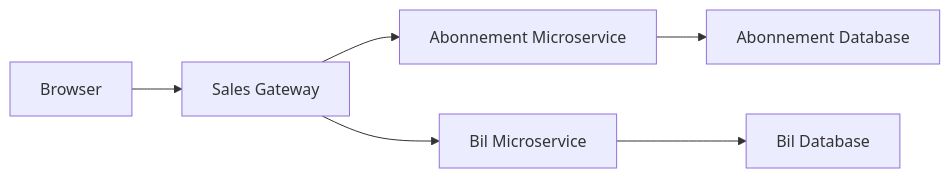
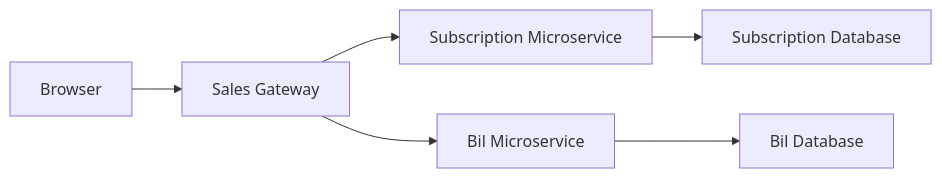
The diagram in README.md (Bilabonnement-eksamensopgave-2024/sales-gateway), drawn with Mermaid before and after one commit. The commit also changed other lines of this file and 1 other file, not shown here.

````diff
--- a/README.md
+++ b/README.md
@@ -35,8 +35,8 @@
 ```mermaid
 graph LR
     A[Browser] --> B[Sales Gateway]
-    B --> C[Abonnement Microservice]
+    B --> C[Subscription Microservice]
     B --> E[Bil Microservice]
-    C --> D[Abonnement Database]
+    C --> D[Subscription Database]
     E --> F[Bil Database]
 ```
````
